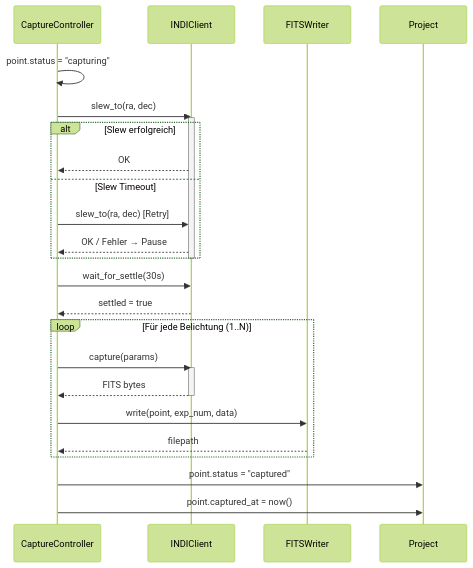
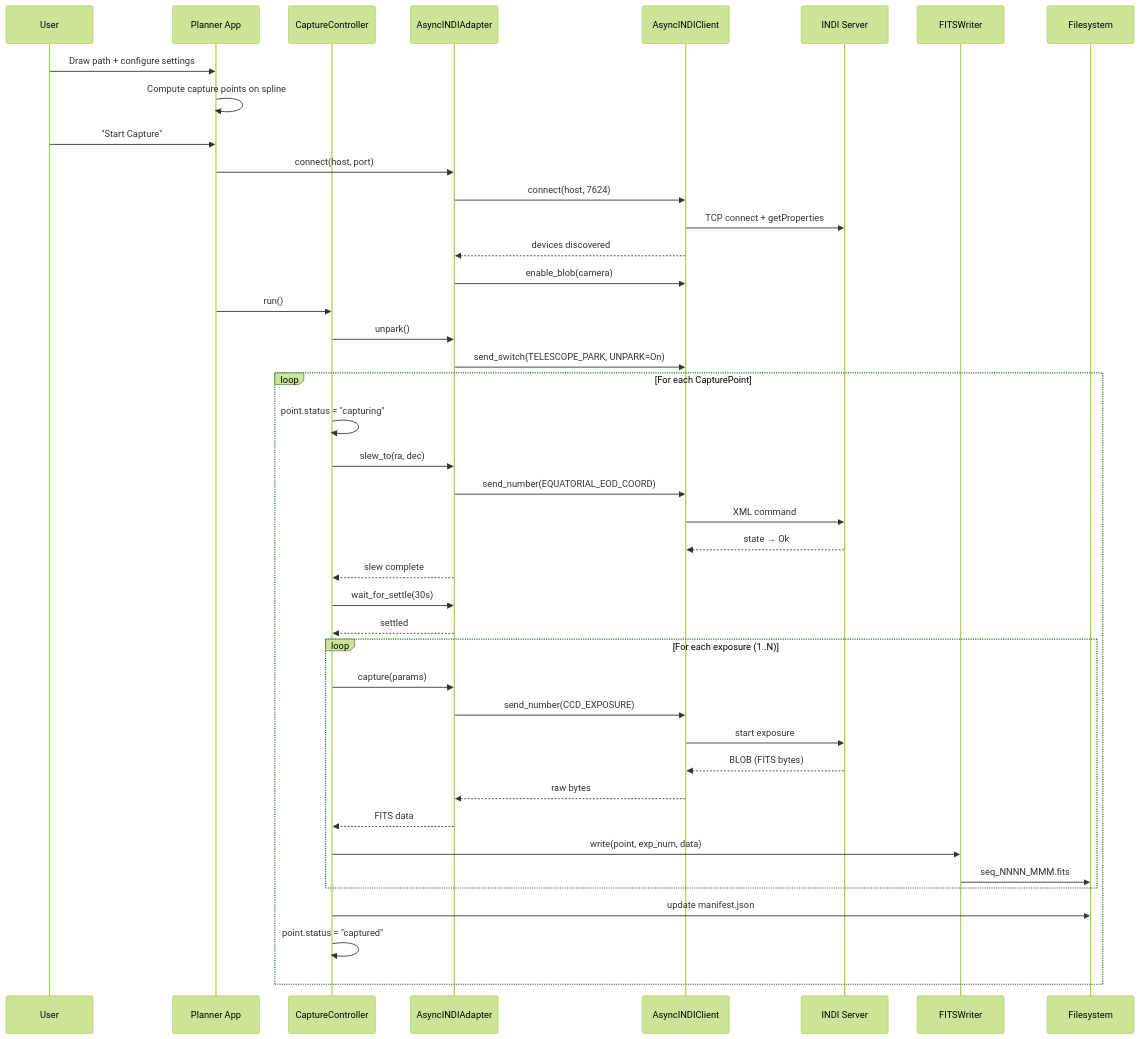
The eighth of 11 diagrams in docs/architecture.md (zworkb/AstroNightcrawler), drawn with Mermaid (forest theme) before and after one commit. The commit also changed other lines of this file and 2 other files, not shown here.

Commit message:
docs: update architecture UML, dependencies, README for renderer

````diff
--- a/docs/architecture.md
+++ b/docs/architecture.md
@@ -245,34 +534,50 @@
 ```mermaid
 sequenceDiagram
+    participant User
+    participant App as Planner App
     participant CC as CaptureController
-    participant INDI as INDIClient
+    participant Adapter as AsyncINDIAdapter
+    participant Client as AsyncINDIClient
+    participant Server as INDI Server
     participant FW as FITSWriter
-    participant P as Project
+    participant FS as Filesystem
 
-    CC->>CC: point.status = "capturing"
-    CC->>INDI: slew_to(ra, dec)
-    activate INDI
+    User->>App: Draw path + configure settings
+    App->>App: Compute capture points on spline
+    User->>App: "Start Capture"
+    App->>Adapter: connect(host, port)
+    Adapter->>Client: connect(host, 7624)
+    Client->>Server: TCP connect + getProperties
+    Client-->>Adapter: devices discovered
+    Adapter->>Client: enable_blob(camera)
+    App->>CC: run()
 
-    alt Slew erfolgreich
-        INDI-->>CC: OK
-    else Slew Timeout
-        CC->>INDI: slew_to(ra, dec) [Retry]
-        INDI-->>CC: OK / Fehler → Pause
+    CC->>Adapter: unpark()
+    Adapter->>Client: send_switch(TELESCOPE_PARK, UNPARK=On)
+
+    loop For each CapturePoint
+        CC->>CC: point.status = "capturing"
+        CC->>Adapter: slew_to(ra, dec)
+        Adapter->>Client: send_number(EQUATORIAL_EOD_COORD)
+        Client->>Server: XML command
+        Server-->>Client: state → Ok
+        Adapter-->>CC: slew complete
+
+        CC->>Adapter: wait_for_settle(30s)
+        Adapter-->>CC: settled
+
+        loop For each exposure (1..N)
+            CC->>Adapter: capture(params)
+            Adapter->>Client: send_number(CCD_EXPOSURE)
+            Client->>Server: start exposure
+            Server-->>Client: BLOB (FITS bytes)
+            Client-->>Adapter: raw bytes
+            Adapter-->>CC: FITS data
+            CC->>FW: write(point, exp_num, data)
+            FW->>FS: seq_NNNN_MMM.fits
+        end
+
+        CC->>FS: update manifest.json
+        CC->>CC: point.status = "captured"
     end
-    deactivate INDI
-
-    CC->>INDI: wait_for_settle(30s)
-    INDI-->>CC: settled = true
-
-    loop Für jede Belichtung (1..N)
-        CC->>INDI: capture(params)
-        activate INDI
-        INDI-->>CC: FITS bytes
-        deactivate INDI
-        CC->>FW: write(point, exp_num, data)
-        FW-->>CC: filepath
-    end
-
-    CC->>P: point.status = "captured"
-    CC->>P: point.captured_at = now()
 ```
````
